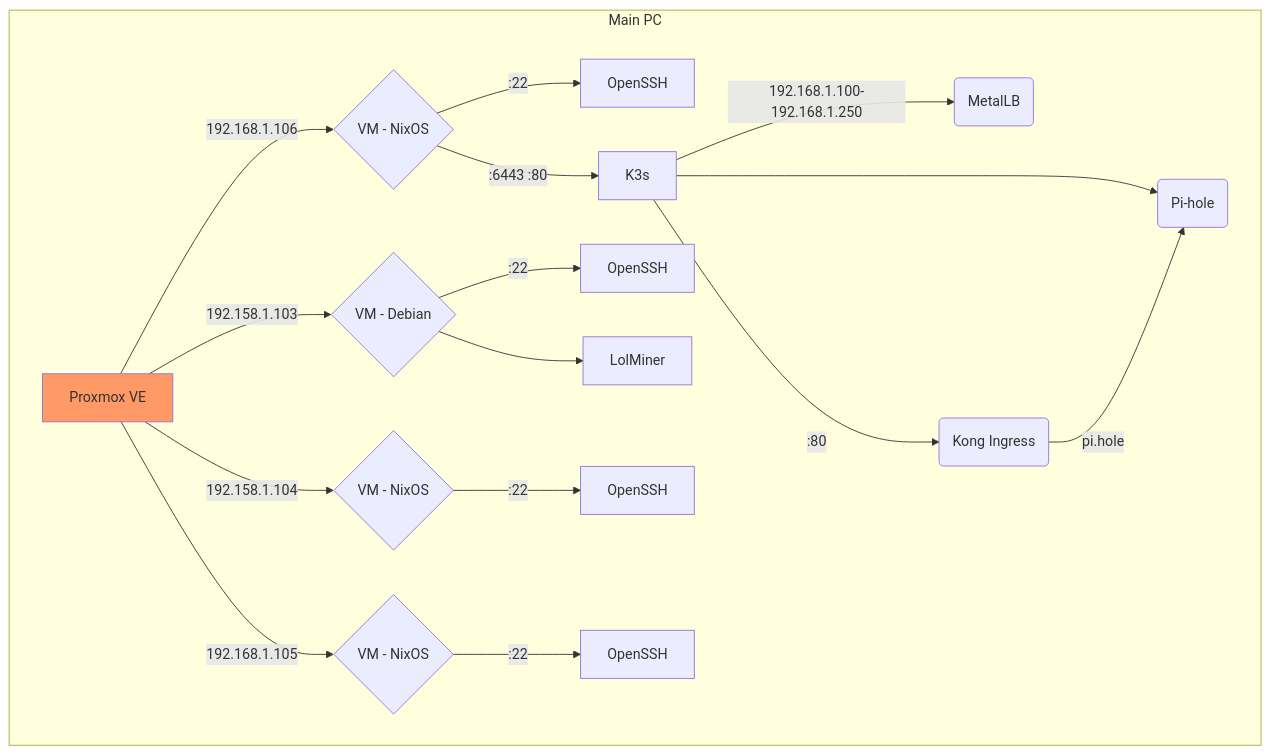
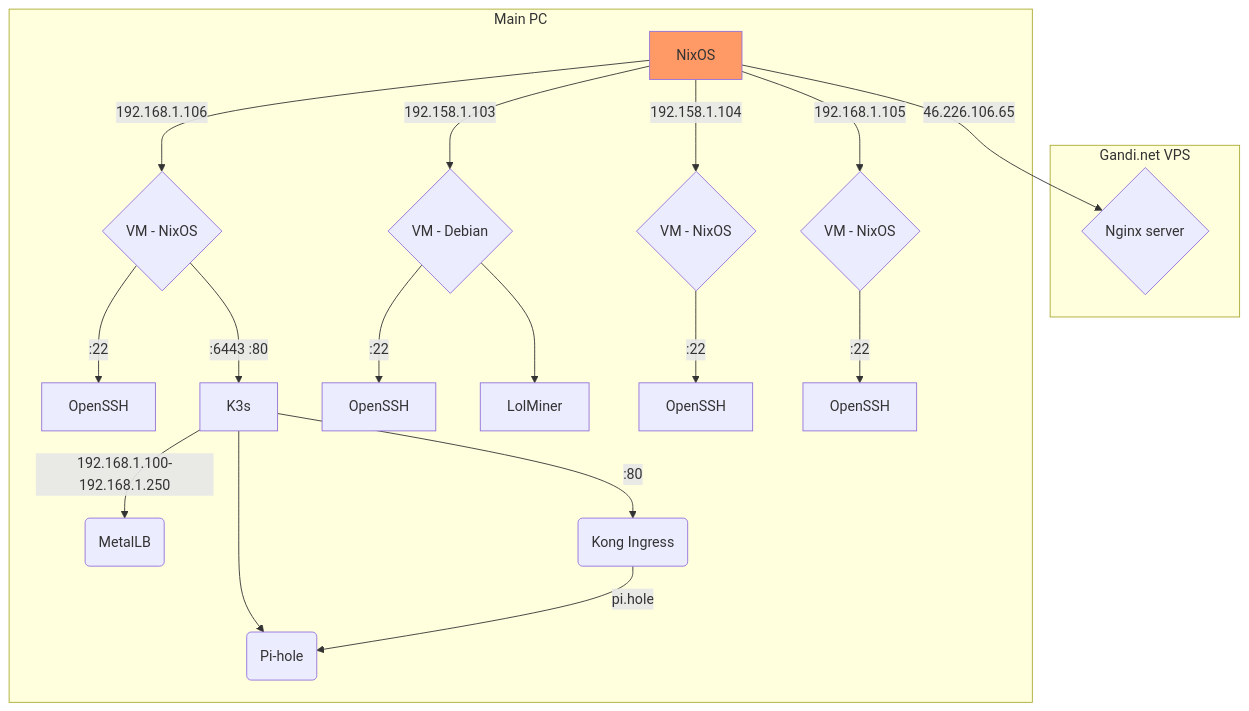
One commit to portothree/dotfiles changed the diagram in homelab/README.md. Above: the diagram before and after it, drawn with Mermaid.

Commit message:
docs: update diagram

````diff
--- a/homelab/README.md
+++ b/homelab/README.md
@@ -6,26 +6,31 @@
 ```mermaid
 graph TD
 	subgraph Main PC
 		A[Proxmox VE] -->|192.168.1.106| 100{VM - NixOS};
 		100 -->|:22| 100_ssh[OpenSSH];
 		100 -->|:6443 :80| K3s[K3s];
 		K3s -->|192.168.1.100-192.168.1.250| MetalLB(MetalLB);
 		click MetalLB "https://metallb.org" _blank
 		K3s -->|:80| Kong(Kong Ingress);
 		K3s --> Pi-hole(Pi-hole);
 		Kong -->|pi.hole| Pi-hole;
 		
 		A -->|192.158.1.103| 102{VM - Debian};
 		102 -->|:22| 102_ssh[OpenSSH];
 		102 --> lolminer[LolMiner];
 		
 		A -->|192.158.1.104| 103{VM - NixOS};
 		103 -->|:22| 103_ssh[OpenSSH];
 		
 		A -->|192.168.1.105| 104{VM - NixOS};
 		104 -->|:22| 104_ssh[OpenSSH];
 	end
 	
+	
+	subgraph Gandi.net VPS 
+		A[NixOS] -->|46.226.106.65|	Nginx{Nginx server};	
+	end
+	
 	classDef orange fill:#f96;
 	class A orange
 ```
````
